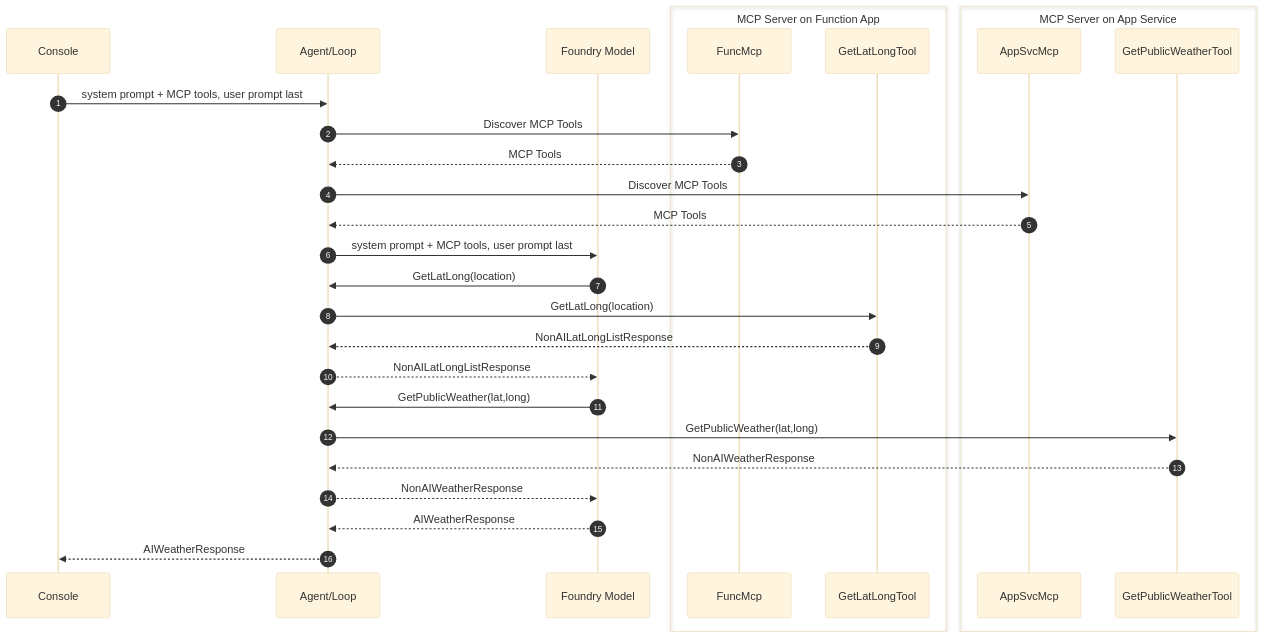
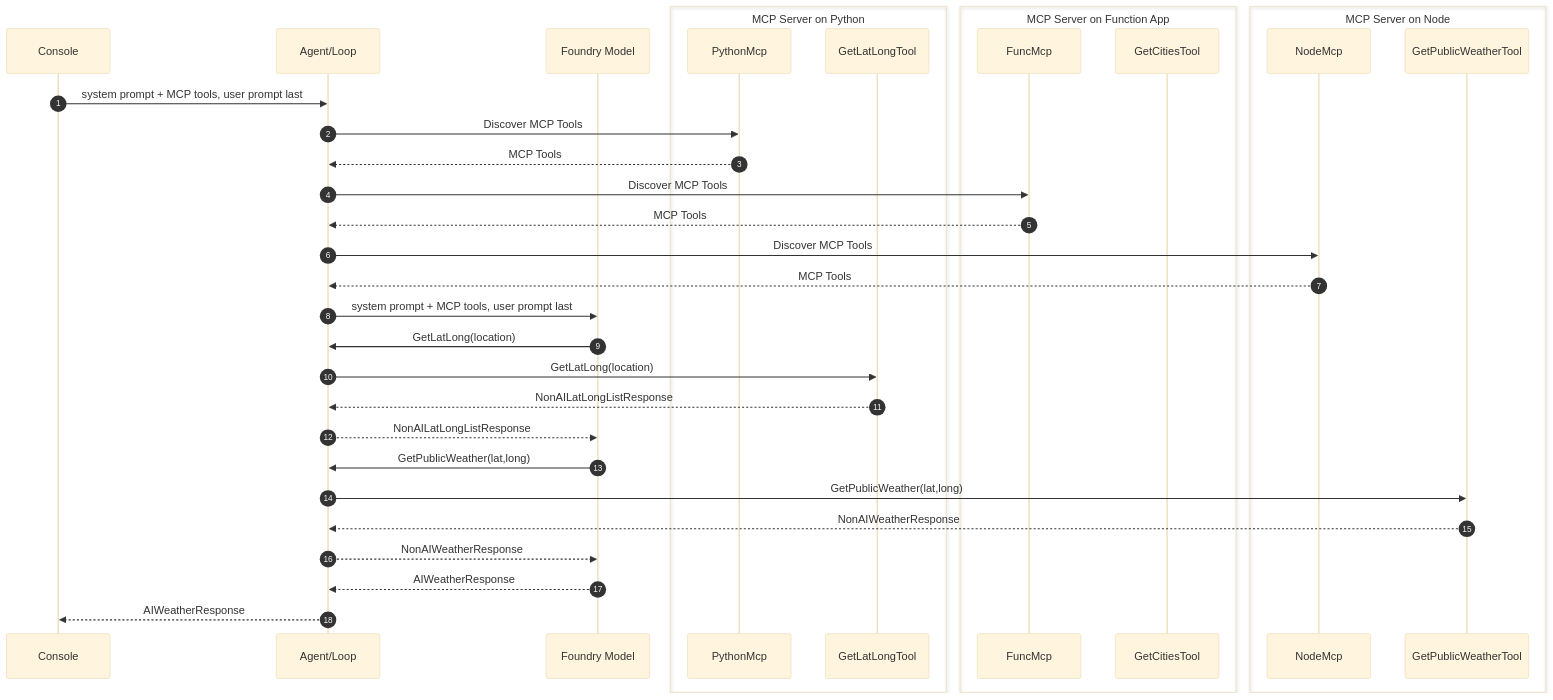
The sixth of 8 diagrams in docs/4-demystifying-foundry-agents-mcp/demystifying-foundry-agents-mcp.md (dustinkorzaan/weather-1116), drawn with Mermaid (base theme) before and after one commit. The commit also changed other lines of this file and 27 other files, not shown here.

First line of the commit message:
Swap geo MCP tools: GetLatLong/GetLocation → mcp-srv-python, GetCities → mcp-srv-func-app (#361)

````diff
--- a/docs/4-demystifying-foundry-agents-mcp/demystifying-foundry-agents-mcp.md
+++ b/docs/4-demystifying-foundry-agents-mcp/demystifying-foundry-agents-mcp.md
@@ -174,32 +177,38 @@
   ```mermaid
   sequenceDiagram
       autonumber
       participant Console
       participant AppLoop as Agent/Loop
       participant Model as Foundry Model
+      box MCP Server on Python
+          participant PythonMcp
+          participant GetLatLongTool
+      end
       box MCP Server on Function App
           participant FuncMcp
-          participant GetLatLongTool
+          participant GetCitiesTool
       end
-      box MCP Server on App Service
-          participant AppSvcMcp
+      box MCP Server on Node
+          participant NodeMcp
           participant GetPublicWeatherTool
       end
 
       Console->>AppLoop: system prompt + MCP tools, user prompt last
+      AppLoop->>PythonMcp: Discover MCP Tools
+      PythonMcp-->>AppLoop: MCP Tools
       AppLoop->>FuncMcp: Discover MCP Tools
       FuncMcp-->>AppLoop: MCP Tools
-      AppLoop->>AppSvcMcp: Discover MCP Tools
-      AppSvcMcp-->>AppLoop: MCP Tools
+      AppLoop->>NodeMcp: Discover MCP Tools
+      NodeMcp-->>AppLoop: MCP Tools
       AppLoop->>Model: system prompt + MCP tools, user prompt last
       Model->>AppLoop: GetLatLong(location)
       AppLoop->>GetLatLongTool: GetLatLong(location)
       GetLatLongTool-->>AppLoop: NonAILatLongListResponse
       AppLoop-->>Model: NonAILatLongListResponse
       Model->>AppLoop: GetPublicWeather(lat,long)
       AppLoop->>GetPublicWeatherTool: GetPublicWeather(lat,long)
       GetPublicWeatherTool-->>AppLoop: NonAIWeatherResponse
       AppLoop-->>Model: NonAIWeatherResponse
       Model-->>AppLoop: AIWeatherResponse
       AppLoop-->>Console: AIWeatherResponse
   ```
````
